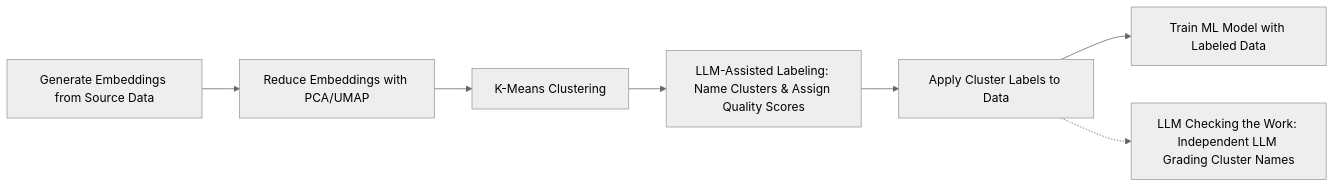
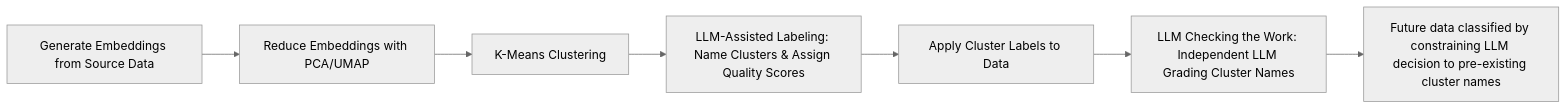
The first of 3 diagrams in README.md (davecthomas/embedding_label_clusters), drawn with Mermaid (neutral theme) before and after one commit. The commit also changed other lines of this file, not shown here.

````diff
--- a/README.md
+++ b/README.md
@@ -9,9 +9,9 @@
 ```mermaid
 graph LR
     A[Generate Embeddings from Source Data] --> B[Reduce Embeddings with PCA/UMAP]
     B --> C[K-Means Clustering]
     C --> D[LLM-Assisted Labeling: Name Clusters & Assign Quality Scores]
     D --> E[Apply Cluster Labels to Data]
-    E --> F[Train ML Model with Labeled Data]
-    E -.-> G[LLM Checking the Work: Independent LLM Grading Cluster Names]
+    E --> F[LLM Checking the Work: Independent LLM Grading Cluster Names]
+    F --> G[Future data classified by constraining LLM decision to pre-existing cluster names]
 ```
````
